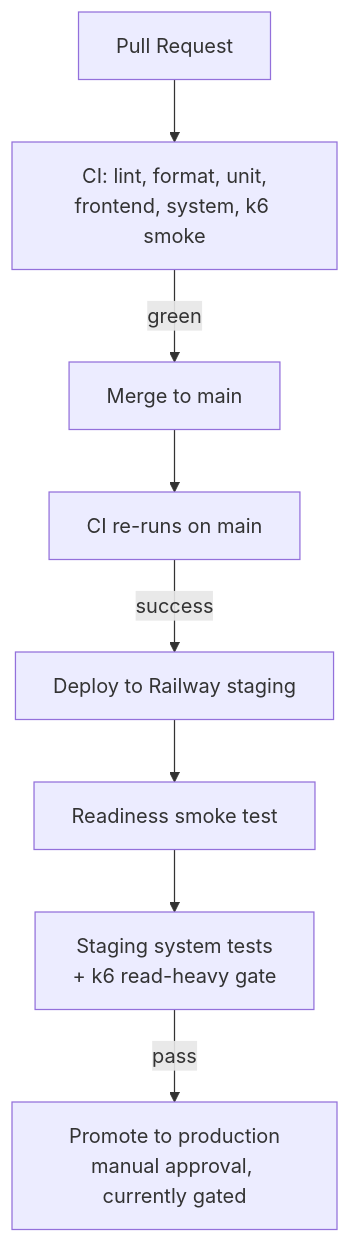
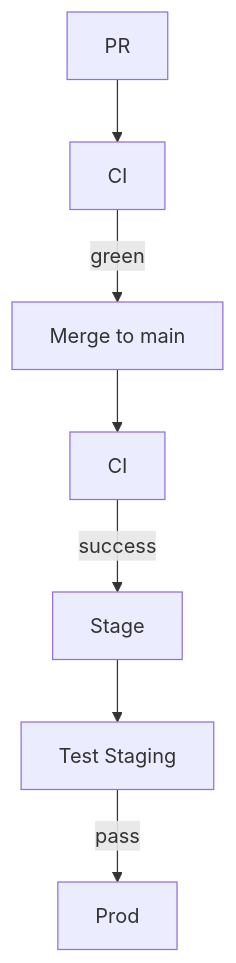
One commit to matteodelseppia/fold.link changed the second of 2 diagrams in README.md. Above: the diagram before and after it, drawn with Mermaid. The commit also changed other lines of this file, not shown here.

Commit message:
Update CI flowchart in README.md

````diff
--- a/README.md
+++ b/README.md
@@ -172,10 +173,10 @@
 ```mermaid
+%%{init: {"themeVariables": {"nodePadding": 20}}}%%
 flowchart TD
-    PR[Pull Request] --> CI[CI: lint, format, unit,<br/>frontend, system, k6 smoke]
+    PR[PR] --> CI[CI]
     CI -->|green| Merge[Merge to main]
-    Merge --> CI2[CI re-runs on main]
-    CI2 -->|success| Staging[Deploy to Railway staging]
-    Staging --> Smoke[Readiness smoke test]
-    Smoke --> Post[Staging system tests<br/>+ k6 read-heavy gate]
-    Post -->|pass| Prod[Promote to production<br/>manual approval, currently gated]
+    Merge --> CI2[CI]
+    CI2 -->|success| Staging[Stage]
+    Staging --> Post[Test Staging]
+    Post -->|pass| Prod[Prod]
 ```
````
